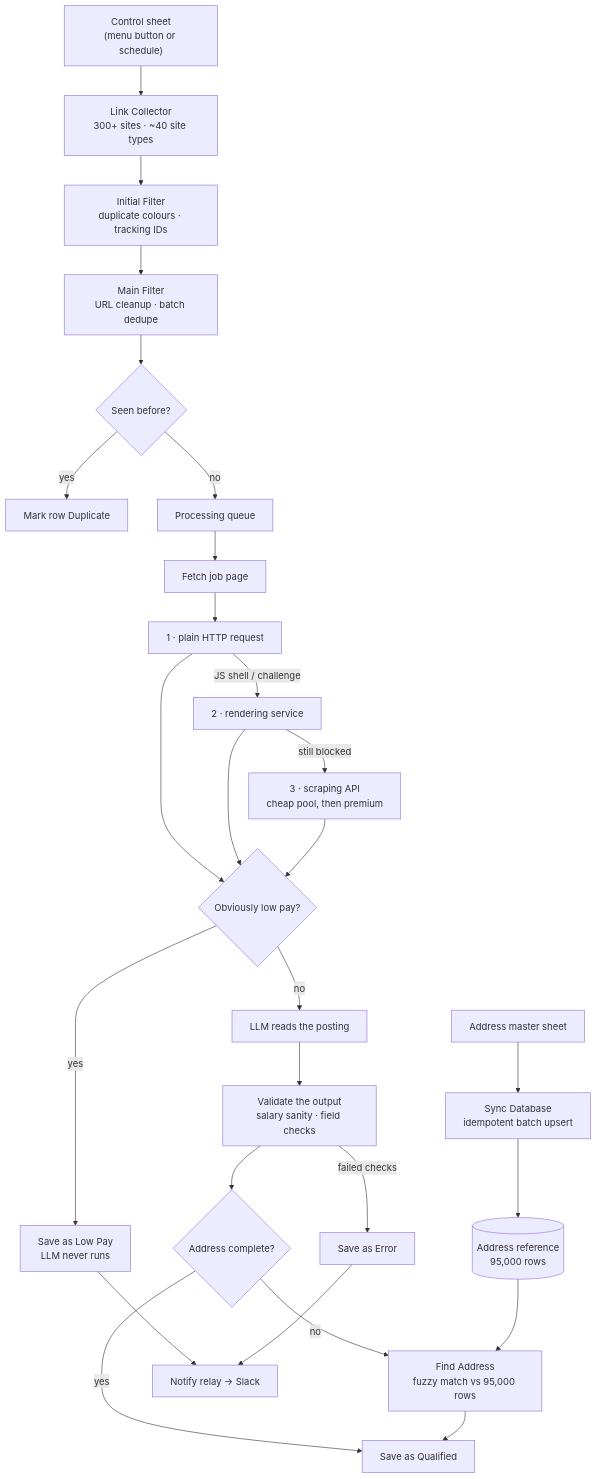
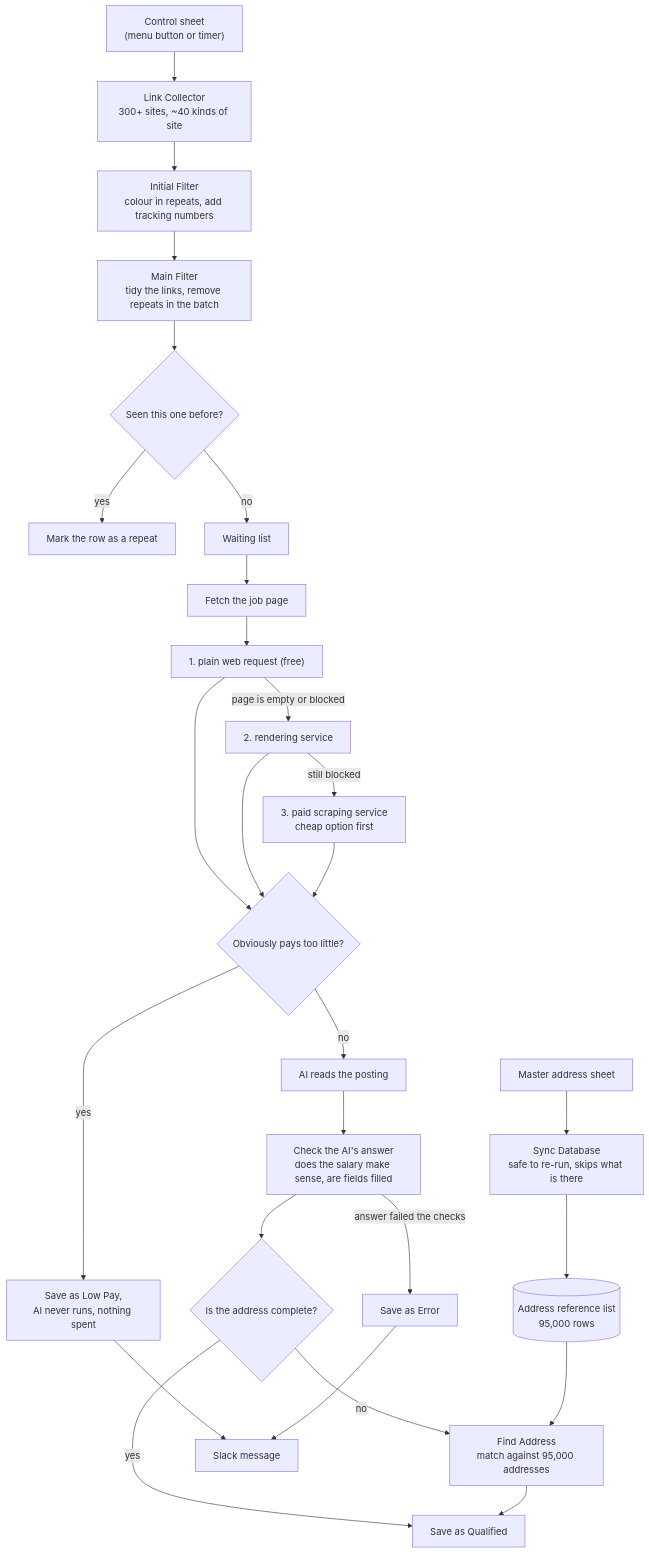
The diagram in README.md (ema-yourVA/joblinkos), drawn with Mermaid before and after one commit. The commit also changed other lines of this file and 1 other file, not shown here.

First line of the commit message:
Rewrite in plain language, remove em dashes

````diff
--- a/README.md
+++ b/README.md
@@ -57,33 +57,33 @@
 ```mermaid
 flowchart TD
-    A["Control sheet<br/>(menu button or schedule)"] --> B["Link Collector<br/>300+ sites · ~40 site types"]
-    B --> C["Initial Filter<br/>duplicate colours · tracking IDs"]
-    C --> D["Main Filter<br/>URL cleanup · batch dedupe"]
-    D --> E{"Seen before?"}
-    E -- yes --> F["Mark row Duplicate"]
-    E -- no --> G["Processing queue"]
+    A["Control sheet<br/>(menu button or timer)"] --> B["Link Collector<br/>300+ sites, ~40 kinds of site"]
+    B --> C["Initial Filter<br/>colour in repeats, add tracking numbers"]
+    C --> D["Main Filter<br/>tidy the links, remove repeats in the batch"]
+    D --> E{"Seen this one before?"}
+    E -- yes --> F["Mark the row as a repeat"]
+    E -- no --> G["Waiting list"]
 
-    G --> H["Fetch job page"]
-    H --> H1["1 · plain HTTP request"]
-    H1 -- "JS shell / challenge" --> H2["2 · rendering service"]
-    H2 -- "still blocked" --> H3["3 · scraping API<br/>cheap pool, then premium"]
+    G --> H["Fetch the job page"]
+    H --> H1["1. plain web request (free)"]
+    H1 -- "page is empty or blocked" --> H2["2. rendering service"]
+    H2 -- "still blocked" --> H3["3. paid scraping service<br/>cheap option first"]
 
-    H1 --> I{"Obviously low pay?"}
+    H1 --> I{"Obviously pays too little?"}
     H2 --> I
     H3 --> I
-    I -- yes --> J["Save as Low Pay<br/>LLM never runs"]
-    I -- no --> K["LLM reads the posting"]
-    K --> L["Validate the output<br/>salary sanity · field checks"]
-    L --> M{"Address complete?"}
-    M -- no --> N["Find Address<br/>fuzzy match vs 95,000 rows"]
+    I -- yes --> J["Save as Low Pay,<br/>AI never runs, nothing spent"]
+    I -- no --> K["AI reads the posting"]
+    K --> L["Check the AI's answer<br/>does the salary make sense, are fields filled"]
+    L --> M{"Is the address complete?"}
+    M -- no --> N["Find Address<br/>match against 95,000 addresses"]
     M -- yes --> O["Save as Qualified"]
     N --> O
-    L -- "failed checks" --> P["Save as Error"]
+    L -- "answer failed the checks" --> P["Save as Error"]
 
-    J --> Q["Notify relay → Slack"]
+    J --> Q["Slack message"]
     P --> Q
 
-    R["Address master sheet"] --> S["Sync Database<br/>idempotent batch upsert"]
-    S --> T[("Address reference<br/>95,000 rows")]
+    R["Master address sheet"] --> S["Sync Database<br/>safe to re-run, skips what is there"]
+    S --> T[("Address reference list<br/>95,000 rows")]
     T --> N
 ```
````
